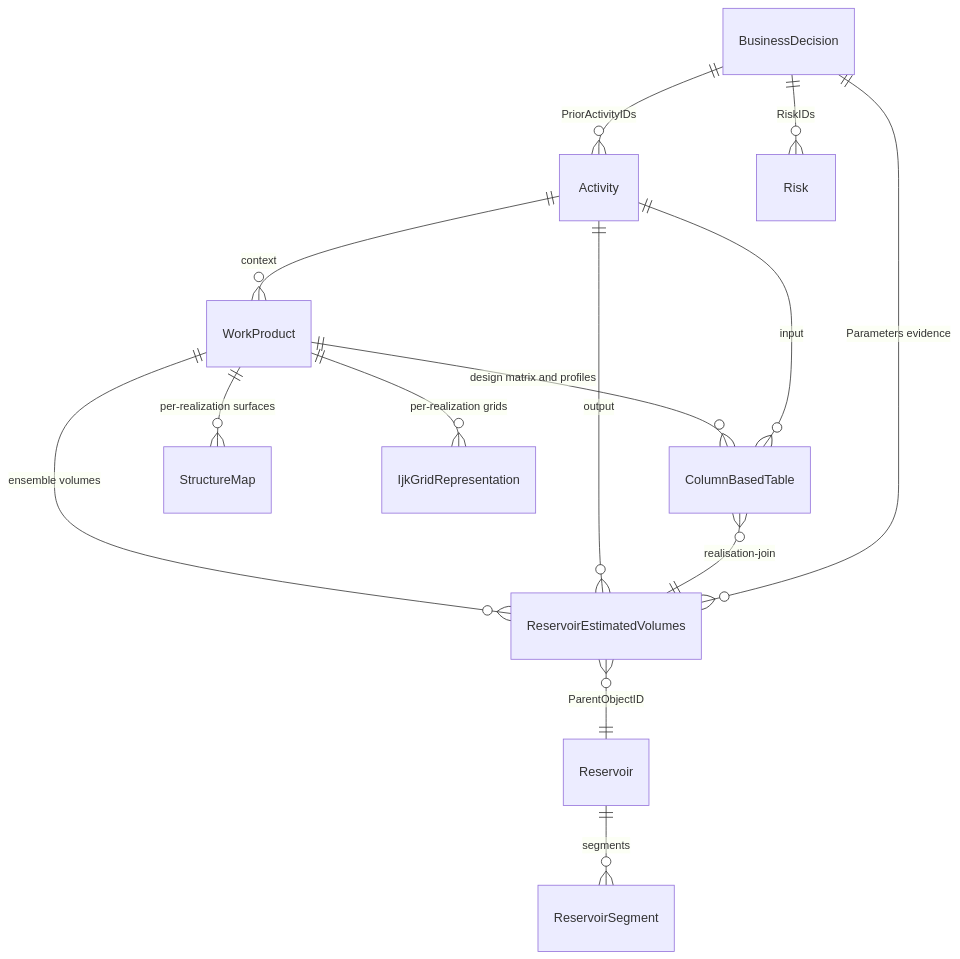
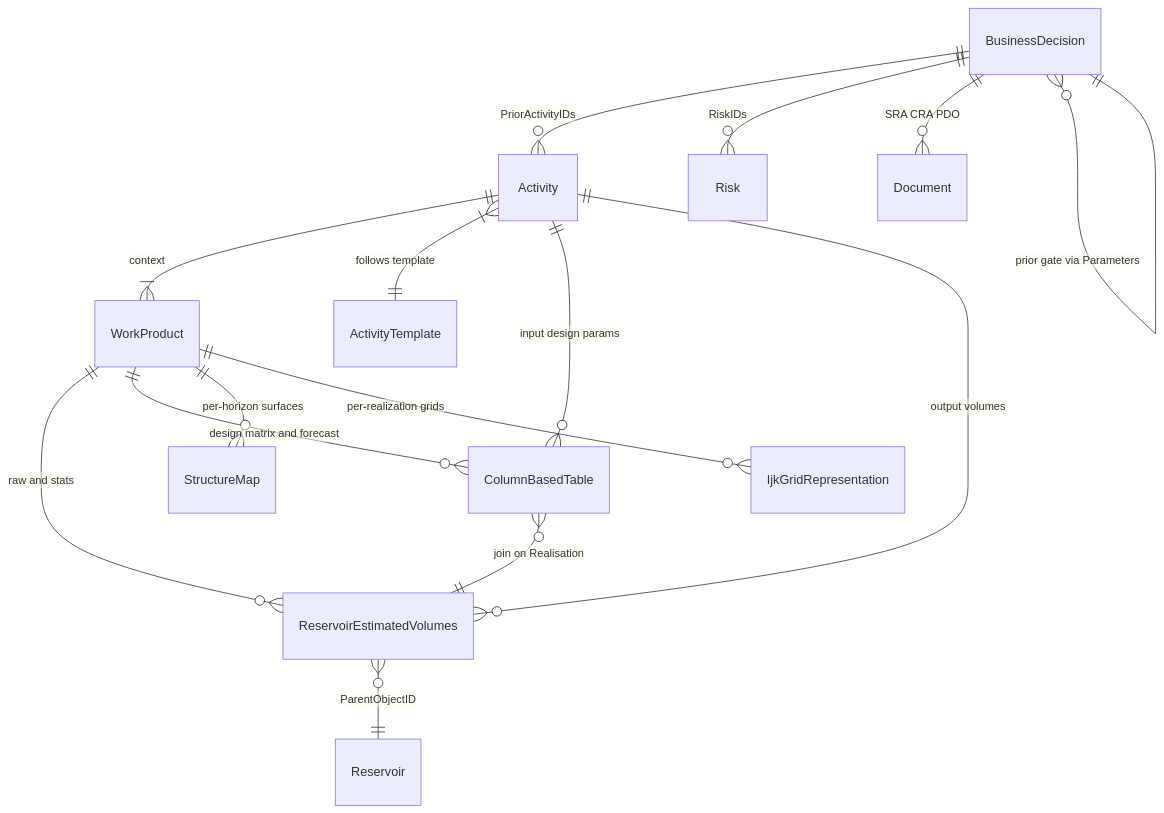
The first of 2 diagrams in md/FmuOsdu.md (marcusapel/ores), drawn with Mermaid before and after one commit. The commit also changed other lines of this file and 7 other files, not shown here.

````diff
--- a/md/FmuOsdu.md
+++ b/md/FmuOsdu.md
@@ -301,16 +113,17 @@
 ```mermaid
 erDiagram
-  WorkProduct ||--o{ ReservoirEstimatedVolumes : "ensemble volumes"
-  WorkProduct ||--o{ ColumnBasedTable : "design matrix and profiles"
-  WorkProduct ||--o{ StructureMap : "per-realization surfaces"
+  WorkProduct ||--o{ ReservoirEstimatedVolumes : "raw and stats"
+  WorkProduct ||--o{ ColumnBasedTable : "design matrix and forecast"
+  WorkProduct ||--o{ StructureMap : "per-horizon surfaces"
   WorkProduct ||--o{ IjkGridRepresentation : "per-realization grids"
-  Activity ||--o{ WorkProduct : "context"
-  Activity ||--o{ ColumnBasedTable : "input"
-  Activity ||--o{ ReservoirEstimatedVolumes : "output"
-  ColumnBasedTable }o--|| ReservoirEstimatedVolumes : "realisation-join"
+  Activity ||--|{ WorkProduct : "context"
+  Activity }|--|| ActivityTemplate : "follows template"
+  Activity ||--o{ ColumnBasedTable : "input design params"
+  Activity ||--o{ ReservoirEstimatedVolumes : "output volumes"
+  ColumnBasedTable }o--|| ReservoirEstimatedVolumes : "join on Realisation"
   BusinessDecision ||--o{ Activity : "PriorActivityIDs"
   BusinessDecision ||--o{ Risk : "RiskIDs"
-  BusinessDecision ||--o{ ReservoirEstimatedVolumes : "Parameters evidence"
-  Reservoir ||--o{ ReservoirSegment : "segments"
+  BusinessDecision ||--o{ Document : "SRA CRA PDO"
+  BusinessDecision }o--|| BusinessDecision : "prior gate via Parameters"
   ReservoirEstimatedVolumes }o--|| Reservoir : "ParentObjectID"
 ```
````
